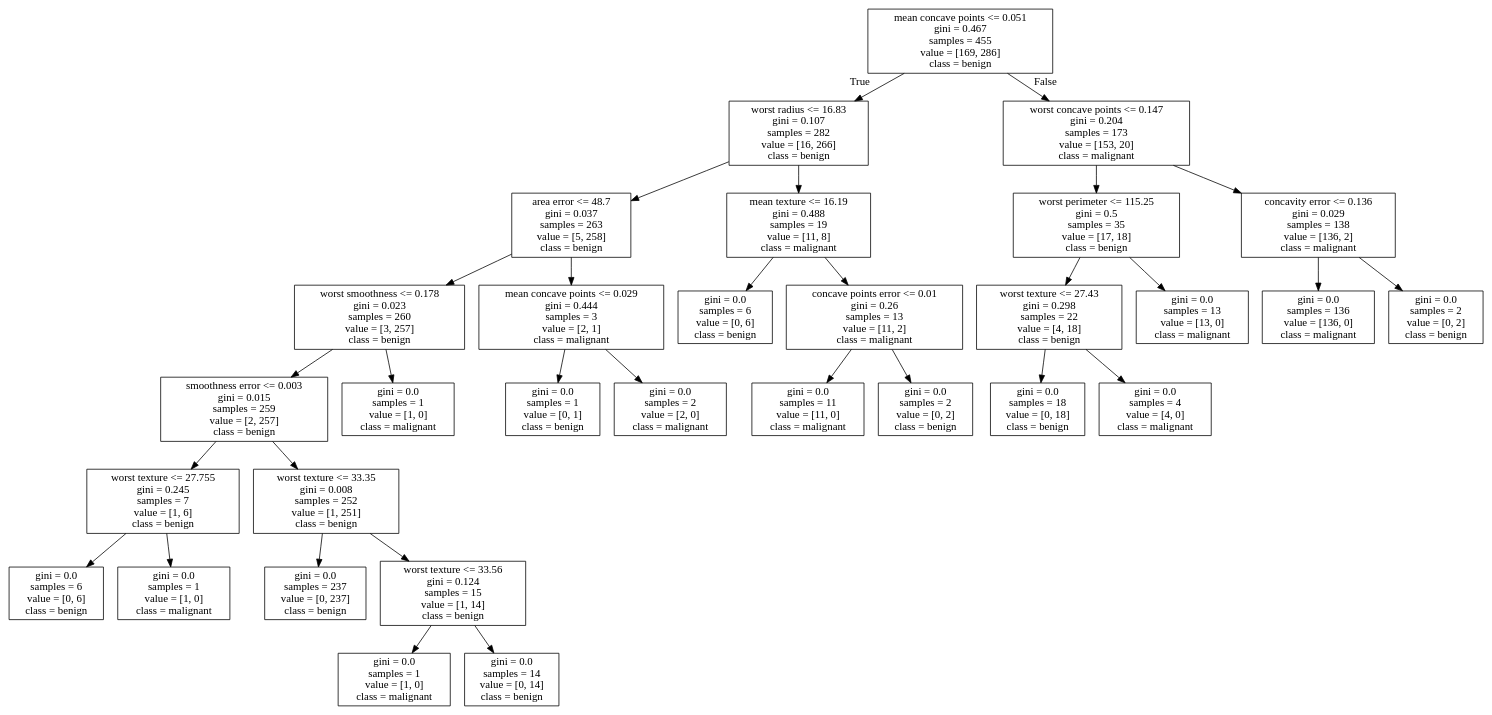
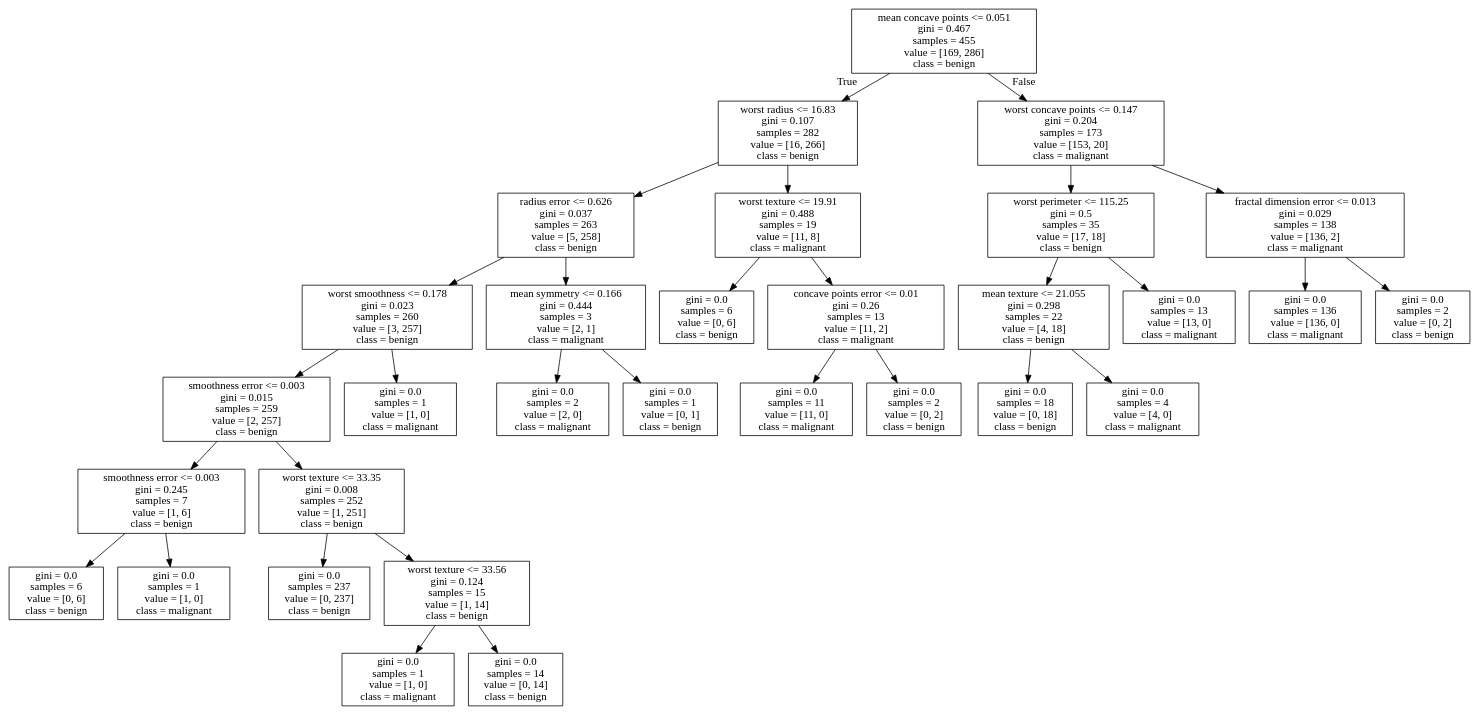
One commit to kairi812/python_and_opencv changed the diagram in tree.dot. Above: the diagram before and after it, drawn with Graphviz. The commit also changed 1 other file, not shown here.

```diff
--- a/tree.dot
+++ b/tree.dot
@@ -1,64 +1,64 @@
 digraph Tree {
 node [shape=box] ;
 0 [label="mean concave points <= 0.051\ngini = 0.467\nsamples = 455\nvalue = [169, 286]\nclass = benign"] ;
 1 [label="worst radius <= 16.83\ngini = 0.107\nsamples = 282\nvalue = [16, 266]\nclass = benign"] ;
 0 -> 1 [labeldistance=2.5, labelangle=45, headlabel="True"] ;
-2 [label="area error <= 48.7\ngini = 0.037\nsamples = 263\nvalue = [5, 258]\nclass = benign"] ;
+2 [label="radius error <= 0.626\ngini = 0.037\nsamples = 263\nvalue = [5, 258]\nclass = benign"] ;
 1 -> 2 ;
 3 [label="worst smoothness <= 0.178\ngini = 0.023\nsamples = 260\nvalue = [3, 257]\nclass = benign"] ;
 2 -> 3 ;
 4 [label="smoothness error <= 0.003\ngini = 0.015\nsamples = 259\nvalue = [2, 257]\nclass = benign"] ;
 3 -> 4 ;
-5 [label="worst texture <= 27.755\ngini = 0.245\nsamples = 7\nvalue = [1, 6]\nclass = benign"] ;
+5 [label="smoothness error <= 0.003\ngini = 0.245\nsamples = 7\nvalue = [1, 6]\nclass = benign"] ;
 4 -> 5 ;
 6 [label="gini = 0.0\nsamples = 6\nvalue = [0, 6]\nclass = benign"] ;
 5 -> 6 ;
 7 [label="gini = 0.0\nsamples = 1\nvalue = [1, 0]\nclass = malignant"] ;
 5 -> 7 ;
 8 [label="worst texture <= 33.35\ngini = 0.008\nsamples = 252\nvalue = [1, 251]\nclass = benign"] ;
 4 -> 8 ;
 9 [label="gini = 0.0\nsamples = 237\nvalue = [0, 237]\nclass = benign"] ;
 8 -> 9 ;
 10 [label="worst texture <= 33.56\ngini = 0.124\nsamples = 15\nvalue = [1, 14]\nclass = benign"] ;
 8 -> 10 ;
 11 [label="gini = 0.0\nsamples = 1\nvalue = [1, 0]\nclass = malignant"] ;
 10 -> 11 ;
 12 [label="gini = 0.0\nsamples = 14\nvalue = [0, 14]\nclass = benign"] ;
 10 -> 12 ;
 13 [label="gini = 0.0\nsamples = 1\nvalue = [1, 0]\nclass = malignant"] ;
 3 -> 13 ;
-14 [label="mean concave points <= 0.029\ngini = 0.444\nsamples = 3\nvalue = [2, 1]\nclass = malignant"] ;
+14 [label="mean symmetry <= 0.166\ngini = 0.444\nsamples = 3\nvalue = [2, 1]\nclass = malignant"] ;
 2 -> 14 ;
-15 [label="gini = 0.0\nsamples = 1\nvalue = [0, 1]\nclass = benign"] ;
+15 [label="gini = 0.0\nsamples = 2\nvalue = [2, 0]\nclass = malignant"] ;
 14 -> 15 ;
-16 [label="gini = 0.0\nsamples = 2\nvalue = [2, 0]\nclass = malignant"] ;
+16 [label="gini = 0.0\nsamples = 1\nvalue = [0, 1]\nclass = benign"] ;
 14 -> 16 ;
-17 [label="mean texture <= 16.19\ngini = 0.488\nsamples = 19\nvalue = [11, 8]\nclass = malignant"] ;
+17 [label="worst texture <= 19.91\ngini = 0.488\nsamples = 19\nvalue = [11, 8]\nclass = malignant"] ;
 1 -> 17 ;
 18 [label="gini = 0.0\nsamples = 6\nvalue = [0, 6]\nclass = benign"] ;
 17 -> 18 ;
 19 [label="concave points error <= 0.01\ngini = 0.26\nsamples = 13\nvalue = [11, 2]\nclass = malignant"] ;
 17 -> 19 ;
 20 [label="gini = 0.0\nsamples = 11\nvalue = [11, 0]\nclass = malignant"] ;
 19 -> 20 ;
 21 [label="gini = 0.0\nsamples = 2\nvalue = [0, 2]\nclass = benign"] ;
 19 -> 21 ;
 22 [label="worst concave points <= 0.147\ngini = 0.204\nsamples = 173\nvalue = [153, 20]\nclass = malignant"] ;
 0 -> 22 [labeldistance=2.5, labelangle=-45, headlabel="False"] ;
 23 [label="worst perimeter <= 115.25\ngini = 0.5\nsamples = 35\nvalue = [17, 18]\nclass = benign"] ;
 22 -> 23 ;
-24 [label="worst texture <= 27.43\ngini = 0.298\nsamples = 22\nvalue = [4, 18]\nclass = benign"] ;
+24 [label="mean texture <= 21.055\ngini = 0.298\nsamples = 22\nvalue = [4, 18]\nclass = benign"] ;
 23 -> 24 ;
 25 [label="gini = 0.0\nsamples = 18\nvalue = [0, 18]\nclass = benign"] ;
 24 -> 25 ;
 26 [label="gini = 0.0\nsamples = 4\nvalue = [4, 0]\nclass = malignant"] ;
 24 -> 26 ;
 27 [label="gini = 0.0\nsamples = 13\nvalue = [13, 0]\nclass = malignant"] ;
 23 -> 27 ;
-28 [label="concavity error <= 0.136\ngini = 0.029\nsamples = 138\nvalue = [136, 2]\nclass = malignant"] ;
+28 [label="fractal dimension error <= 0.013\ngini = 0.029\nsamples = 138\nvalue = [136, 2]\nclass = malignant"] ;
 22 -> 28 ;
 29 [label="gini = 0.0\nsamples = 136\nvalue = [136, 0]\nclass = malignant"] ;
 28 -> 29 ;
 30 [label="gini = 0.0\nsamples = 2\nvalue = [0, 2]\nclass = benign"] ;
 28 -> 30 ;
 }
```
